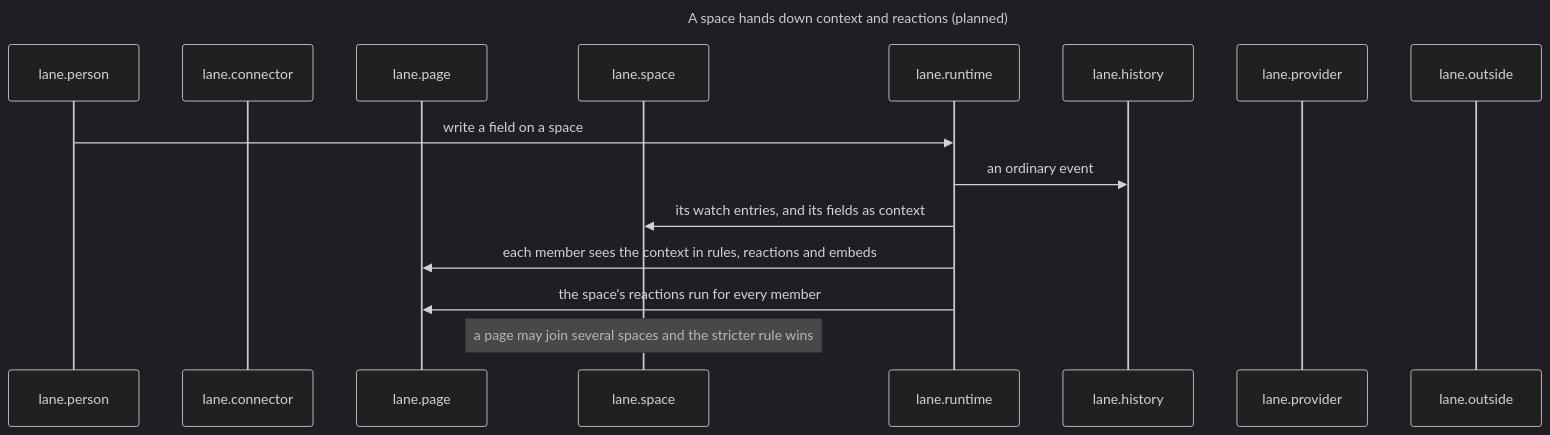
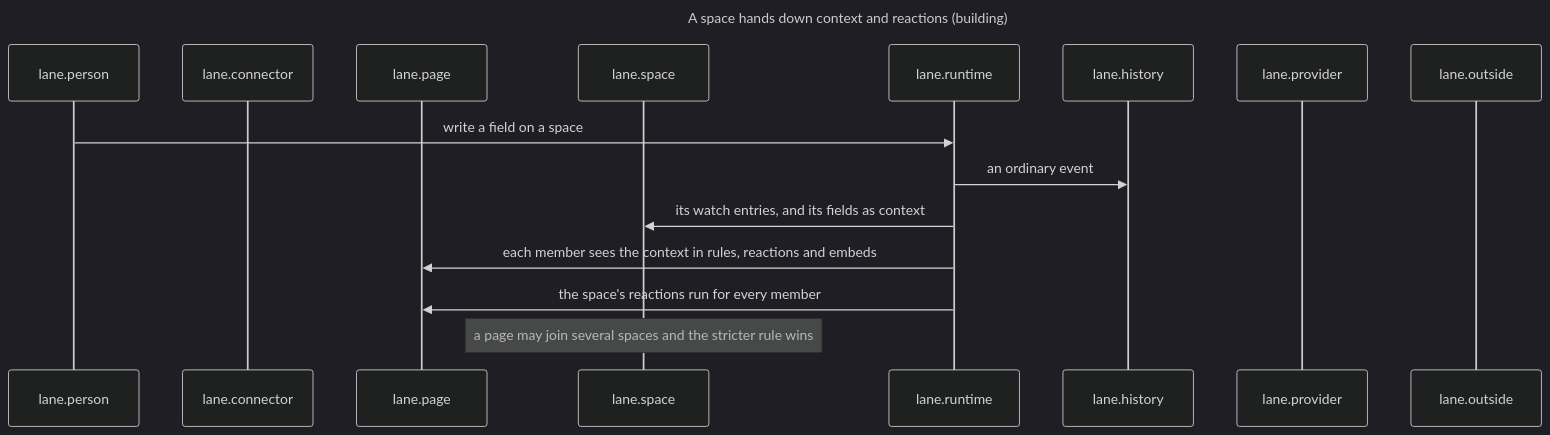
Diagram 17 of 29 in docs/reference/architecture.md (drksci/conky), drawn with Mermaid (dark theme) before and after one commit. The commit also changed other lines of this file and 16 other files, not shown here.

First line of the commit message:
feat: text functions in rules, and context handed down as space

````diff
--- a/docs/reference/architecture.md
+++ b/docs/reference/architecture.md
@@ -764,20 +773,20 @@
 ```mermaid
 ---
-title: A space hands down context and reactions (planned)
+title: A space hands down context and reactions (building)
 ---
 sequenceDiagram
     participant lane.person
     participant lane.connector
     participant lane.page
     participant lane.space
     participant lane.runtime
     participant lane.history
     participant lane.provider
     participant lane.outside
     lane.person->>lane.runtime: write a field on a space
     lane.runtime->>lane.history: an ordinary event
     lane.runtime->>lane.space: its watch entries, and its fields as context
     lane.runtime->>lane.page: each member sees the context in rules, reactions and embeds
     lane.runtime->>lane.page: the space's reactions run for every member
     Note over lane.space: a page may join several spaces and the stricter rule wins
 ```
````
